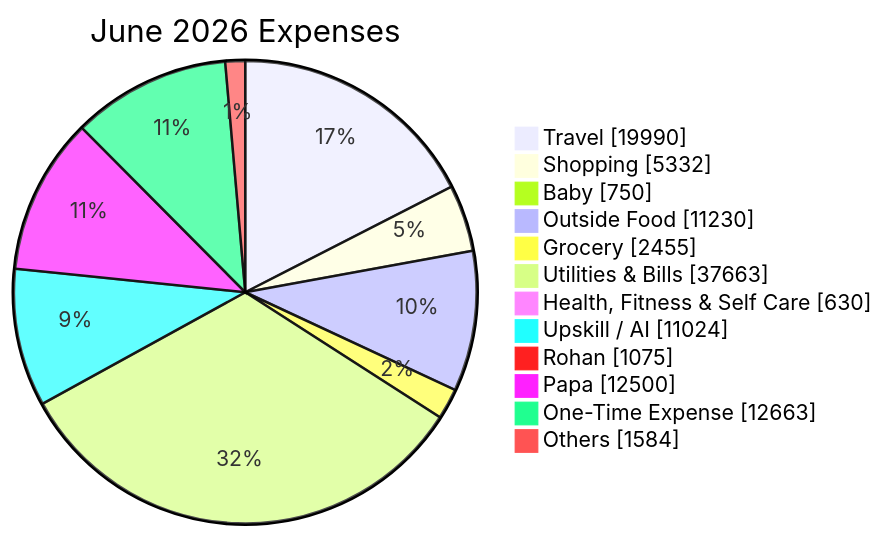
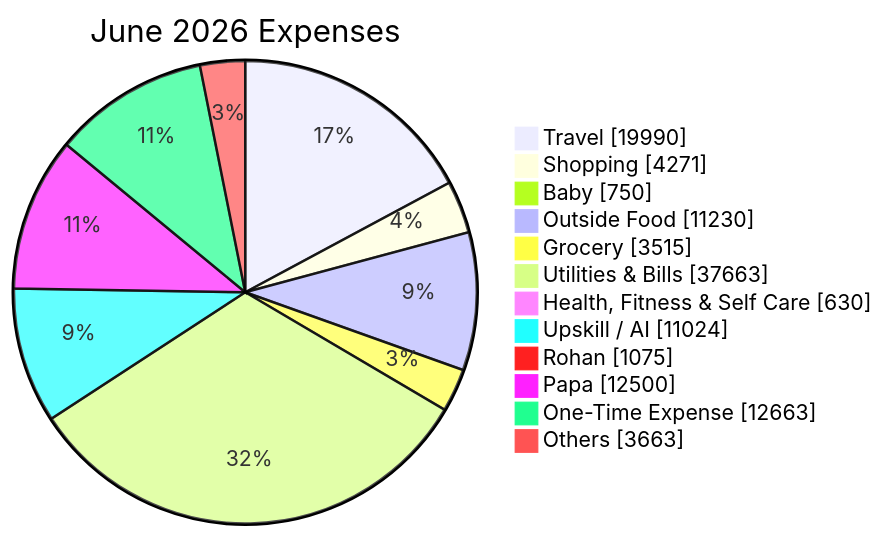
One commit to sachin-hg/expense-reporter changed the second of 2 diagrams in reports/2026-06.md. Above: the diagram before and after it, drawn with Mermaid. The commit also changed other lines of this file and 8 other files, not shown here.

````diff
--- a/reports/2026-06.md
+++ b/reports/2026-06.md
@@ -49,16 +50,16 @@
 ```mermaid
 pie showData
     title June 2026 Expenses
     "Travel" : 19990
-    "Shopping" : 5332
+    "Shopping" : 4271
     "Baby" : 750
     "Outside Food" : 11230
-    "Grocery" : 2455
+    "Grocery" : 3515
     "Utilities & Bills" : 37663
     "Health, Fitness & Self Care" : 630
     "Upskill / AI" : 11024
     "Rohan" : 1075
     "Papa" : 12500
     "One-Time Expense" : 12663
-    "Others" : 1584
+    "Others" : 3663
 ```
````
